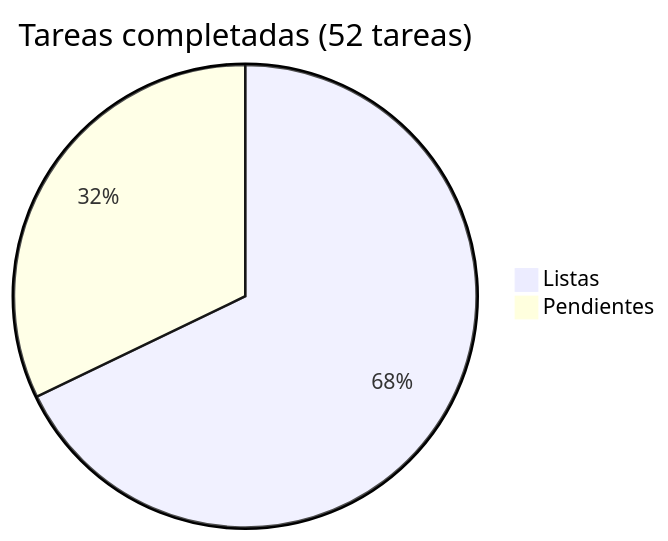
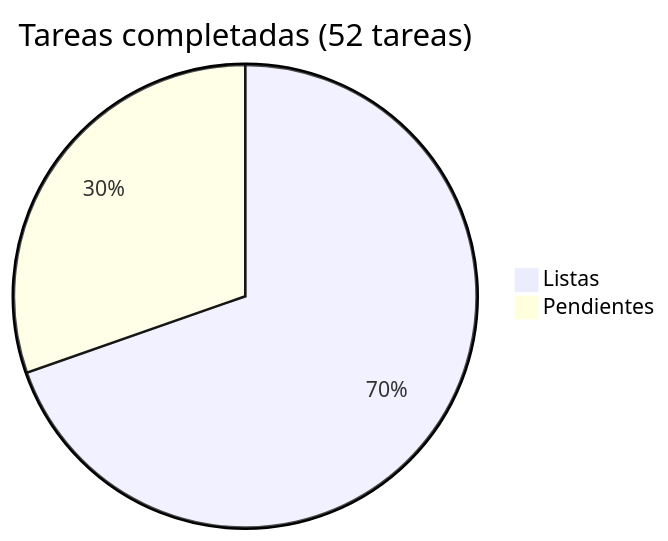
One commit to adelgadox/centroacopiove changed the diagram in docs/roadmap/README.md. Above: the diagram before and after it, drawn with Mermaid. The commit also changed other lines of this file and 5 other files, not shown here.

````diff
--- a/docs/roadmap/README.md
+++ b/docs/roadmap/README.md
@@ -5,5 +5,5 @@
 ```mermaid
 pie title Tareas completadas (52 tareas)
-    "Listas" : 38
-    "Pendientes" : 18
+    "Listas" : 39
+    "Pendientes" : 17
 ```
````
